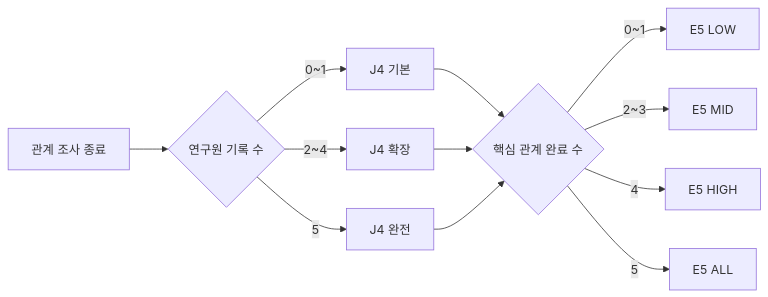
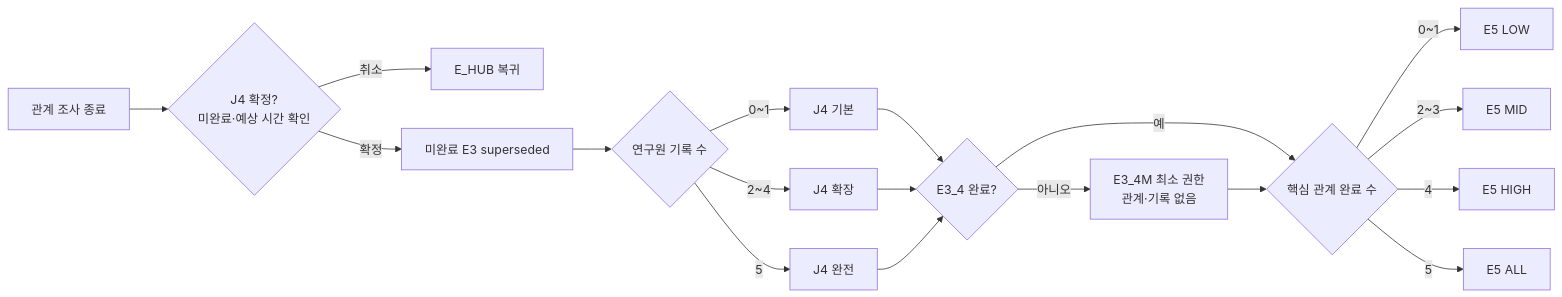
One commit to devb-eru/ggb changed the third of 9 diagrams in ideas/md/v04/03_전체이벤트흐름도.md. Above: the diagram before and after it, drawn with Mermaid. The commit also changed other lines of this file and 9 other files, not shown here.

````diff
--- a/ideas/md/v04/03_전체이벤트흐름도.md
+++ b/ideas/md/v04/03_전체이벤트흐름도.md
@@ -794,14 +817,20 @@
 ```mermaid
 flowchart LR
-    ENDHUB["관계 조사 종료"] --> RC{"연구원 기록 수"}
+    ENDHUB["관계 조사 종료"] --> CONFIRM{"J4 확정?<br/>미완료·예상 시간 확인"}
+    CONFIRM -- "취소" --> HUB["E_HUB 복귀"]
+    CONFIRM -- "확정" --> SUPER["미완료 E3 superseded"]
+    SUPER --> RC{"연구원 기록 수"}
     RC -- "0~1" --> JB["J4 기본"]
     RC -- "2~4" --> JX["J4 확장"]
     RC -- "5" --> JF["J4 완전"]
-    JB --> CC{"핵심 관계 완료 수"}
-    JX --> CC
-    JF --> CC
+    JB --> ED{"E3_4 완료?"}
+    JX --> ED
+    JF --> ED
+    ED -- "아니오" --> E34M["E3_4M 최소 권한<br/>관계·기록 없음"]
+    ED -- "예" --> CC{"핵심 관계 완료 수"}
+    E34M --> CC
     CC -- "0~1" --> EL["E5 LOW"]
     CC -- "2~3" --> EM["E5 MID"]
     CC -- "4" --> EH["E5 HIGH"]
     CC -- "5" --> EA["E5 ALL"]
 ```
````
